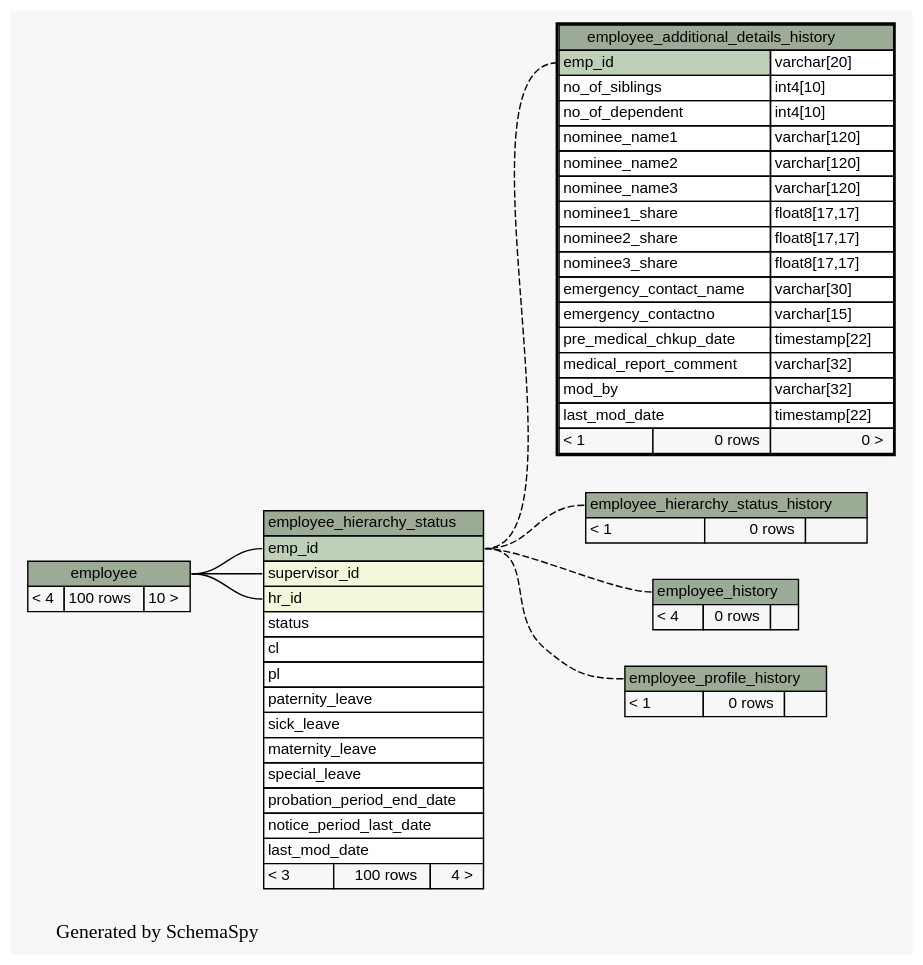
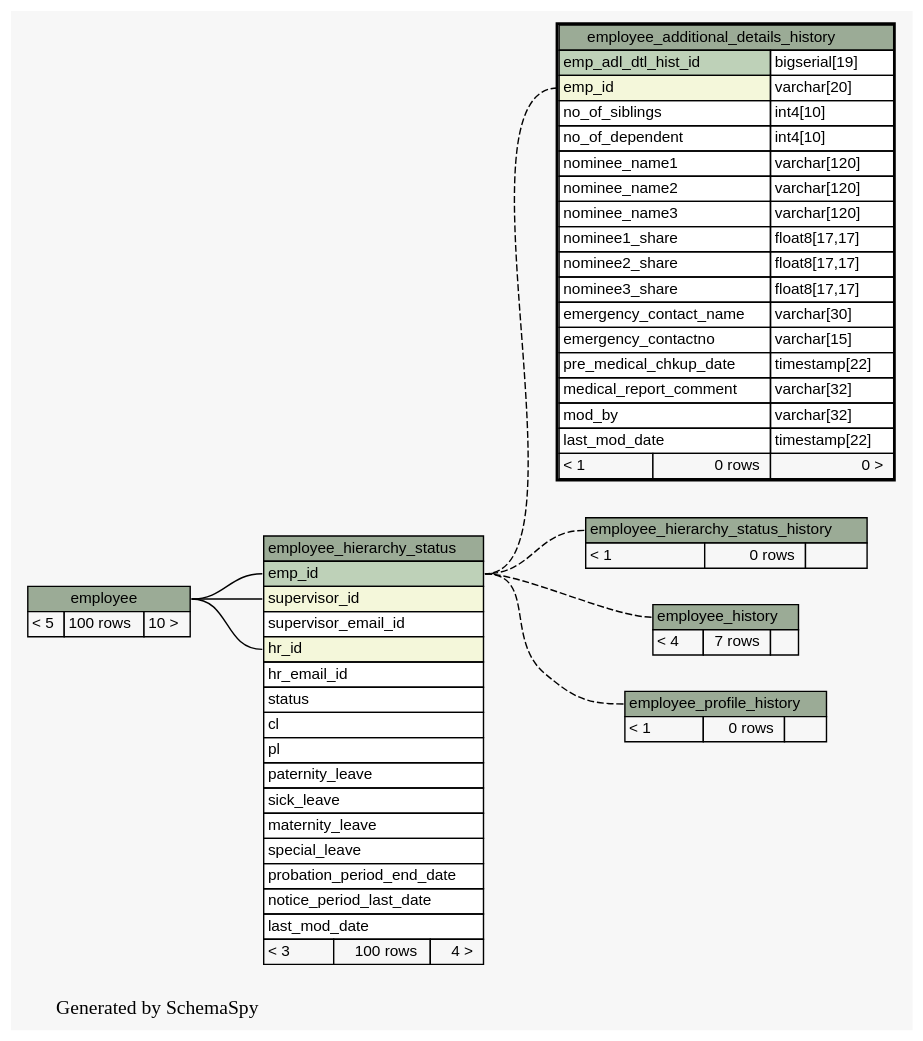
One commit to engineerscraft/hrms changed the diagram in docs/database/schemaspy/graphs/employee_additional_details_history.implied2degrees.dot. Above: the diagram before and after it, drawn with Graphviz. The commit also changed 204 other files, not shown here.

```diff
--- a/docs/database/schemaspy/graphs/employee_additional_details_history.implied2degrees.dot
+++ b/docs/database/schemaspy/graphs/employee_additional_details_history.implied2degrees.dot
@@ -1,106 +1,109 @@
 // dot 2.38.0 on Windows 7 6.1
 digraph "impliedTwoDegreesRelationshipsGraph" {
   graph [
     rankdir="RL"
     bgcolor="#f7f7f7"
     label="\nGenerated by SchemaSpy"
     labeljust="l"
   ];
   node [
     fontname="Helvetica"
     fontsize="11"
     shape="plaintext"
   ];
   edge [
     arrowsize="0.8"
   ];
-  "employee_additional_details_history":"emp_id":w -> "employee_hierarchy_status":"emp_id":e [arrowtail=tee arrowhead=none style=dashed];
+  "employee_additional_details_history":"emp_id":w -> "employee_hierarchy_status":"emp_id":e [arrowtail=crowodot arrowhead=none style=dashed];
   "employee_hierarchy_status":"emp_id":w -> "employee":"employee.heading":e [arrowtail=tee arrowhead=none];
   "employee_hierarchy_status":"hr_id":w -> "employee":"employee.heading":e [arrowtail=crowodot arrowhead=none];
   "employee_hierarchy_status":"supervisor_id":w -> "employee":"employee.heading":e [arrowtail=crowodot arrowhead=none];
-  "employee_hierarchy_status_history":"employee_hierarchy_status_history.heading":w -> "employee_hierarchy_status":"emp_id":e [arrowtail=tee arrowhead=none style=dashed];
-  "employee_history":"employee_history.heading":w -> "employee_hierarchy_status":"emp_id":e [arrowtail=tee arrowhead=none style=dashed];
+  "employee_hierarchy_status_history":"employee_hierarchy_status_history.heading":w -> "employee_hierarchy_status":"emp_id":e [arrowtail=crowodot arrowhead=none style=dashed];
+  "employee_history":"employee_history.heading":w -> "employee_hierarchy_status":"emp_id":e [arrowtail=crowodot arrowhead=none style=dashed];
   "employee_profile_history":"employee_profile_history.heading":w -> "employee_hierarchy_status":"emp_id":e [arrowtail=crowodot arrowhead=none style=dashed];
   "employee" [
     label=<
     <TABLE BORDER="0" CELLBORDER="1" CELLSPACING="0" BGCOLOR="#ffffff">
       <TR><TD PORT="employee.heading" COLSPAN="3" BGCOLOR="#9bab96" ALIGN="CENTER">employee</TD></TR>
-      <TR><TD ALIGN="LEFT" BGCOLOR="#f7f7f7">&lt; 4</TD><TD ALIGN="RIGHT" BGCOLOR="#f7f7f7">100 rows</TD><TD ALIGN="RIGHT" BGCOLOR="#f7f7f7">10 &gt;</TD></TR>
+      <TR><TD ALIGN="LEFT" BGCOLOR="#f7f7f7">&lt; 5</TD><TD ALIGN="RIGHT" BGCOLOR="#f7f7f7">100 rows</TD><TD ALIGN="RIGHT" BGCOLOR="#f7f7f7">10 &gt;</TD></TR>
     </TABLE>>
     URL="employee.html#graph"
     tooltip="employee"
   ];
   "employee_additional_details_history" [
     label=<
     <TABLE BORDER="2" CELLBORDER="1" CELLSPACING="0" BGCOLOR="#ffffff">
       <TR><TD PORT="employee_additional_details_history.heading" COLSPAN="3" BGCOLOR="#9bab96" ALIGN="CENTER">employee_additional_details_history</TD></TR>
-      <TR><TD PORT="emp_id" COLSPAN="2" BGCOLOR="#bed1b8" ALIGN="LEFT">emp_id</TD><TD PORT="emp_id.type" ALIGN="LEFT">varchar[20]</TD></TR>
+      <TR><TD PORT="emp_adl_dtl_hist_id" COLSPAN="2" BGCOLOR="#bed1b8" ALIGN="LEFT">emp_adl_dtl_hist_id</TD><TD PORT="emp_adl_dtl_hist_id.type" ALIGN="LEFT">bigserial[19]</TD></TR>
+      <TR><TD PORT="emp_id" COLSPAN="2" BGCOLOR="#f4f7da" ALIGN="LEFT">emp_id</TD><TD PORT="emp_id.type" ALIGN="LEFT">varchar[20]</TD></TR>
       <TR><TD PORT="no_of_siblings" COLSPAN="2" ALIGN="LEFT">no_of_siblings</TD><TD PORT="no_of_siblings.type" ALIGN="LEFT">int4[10]</TD></TR>
       <TR><TD PORT="no_of_dependent" COLSPAN="2" ALIGN="LEFT">no_of_dependent</TD><TD PORT="no_of_dependent.type" ALIGN="LEFT">int4[10]</TD></TR>
       <TR><TD PORT="nominee_name1" COLSPAN="2" ALIGN="LEFT">nominee_name1</TD><TD PORT="nominee_name1.type" ALIGN="LEFT">varchar[120]</TD></TR>
       <TR><TD PORT="nominee_name2" COLSPAN="2" ALIGN="LEFT">nominee_name2</TD><TD PORT="nominee_name2.type" ALIGN="LEFT">varchar[120]</TD></TR>
       <TR><TD PORT="nominee_name3" COLSPAN="2" ALIGN="LEFT">nominee_name3</TD><TD PORT="nominee_name3.type" ALIGN="LEFT">varchar[120]</TD></TR>
       <TR><TD PORT="nominee1_share" COLSPAN="2" ALIGN="LEFT">nominee1_share</TD><TD PORT="nominee1_share.type" ALIGN="LEFT">float8[17,17]</TD></TR>
       <TR><TD PORT="nominee2_share" COLSPAN="2" ALIGN="LEFT">nominee2_share</TD><TD PORT="nominee2_share.type" ALIGN="LEFT">float8[17,17]</TD></TR>
       <TR><TD PORT="nominee3_share" COLSPAN="2" ALIGN="LEFT">nominee3_share</TD><TD PORT="nominee3_share.type" ALIGN="LEFT">float8[17,17]</TD></TR>
       <TR><TD PORT="emergency_contact_name" COLSPAN="2" ALIGN="LEFT">emergency_contact_name</TD><TD PORT="emergency_contact_name.type" ALIGN="LEFT">varchar[30]</TD></TR>
       <TR><TD PORT="emergency_contactno" COLSPAN="2" ALIGN="LEFT">emergency_contactno</TD><TD PORT="emergency_contactno.type" ALIGN="LEFT">varchar[15]</TD></TR>
       <TR><TD PORT="pre_medical_chkup_date" COLSPAN="2" ALIGN="LEFT">pre_medical_chkup_date</TD><TD PORT="pre_medical_chkup_date.type" ALIGN="LEFT">timestamp[22]</TD></TR>
       <TR><TD PORT="medical_report_comment" COLSPAN="2" ALIGN="LEFT">medical_report_comment</TD><TD PORT="medical_report_comment.type" ALIGN="LEFT">varchar[32]</TD></TR>
       <TR><TD PORT="mod_by" COLSPAN="2" ALIGN="LEFT">mod_by</TD><TD PORT="mod_by.type" ALIGN="LEFT">varchar[32]</TD></TR>
       <TR><TD PORT="last_mod_date" COLSPAN="2" ALIGN="LEFT">last_mod_date</TD><TD PORT="last_mod_date.type" ALIGN="LEFT">timestamp[22]</TD></TR>
       <TR><TD ALIGN="LEFT" BGCOLOR="#f7f7f7">&lt; 1</TD><TD ALIGN="RIGHT" BGCOLOR="#f7f7f7">0 rows</TD><TD ALIGN="RIGHT" BGCOLOR="#f7f7f7">0 &gt;</TD></TR>
     </TABLE>>
     URL="employee_additional_details_history.html#"
     tooltip="employee_additional_details_history"
   ];
   "employee_hierarchy_status" [
     label=<
     <TABLE BORDER="0" CELLBORDER="1" CELLSPACING="0" BGCOLOR="#ffffff">
       <TR><TD PORT="employee_hierarchy_status.heading" COLSPAN="3" BGCOLOR="#9bab96" ALIGN="CENTER">employee_hierarchy_status</TD></TR>
       <TR><TD PORT="emp_id" COLSPAN="3" BGCOLOR="#bed1b8" ALIGN="LEFT">emp_id</TD></TR>
       <TR><TD PORT="supervisor_id" COLSPAN="3" BGCOLOR="#f4f7da" ALIGN="LEFT">supervisor_id</TD></TR>
+      <TR><TD PORT="supervisor_email_id" COLSPAN="3" ALIGN="LEFT">supervisor_email_id</TD></TR>
       <TR><TD PORT="hr_id" COLSPAN="3" BGCOLOR="#f4f7da" ALIGN="LEFT">hr_id</TD></TR>
+      <TR><TD PORT="hr_email_id" COLSPAN="3" ALIGN="LEFT">hr_email_id</TD></TR>
       <TR><TD PORT="status" COLSPAN="3" ALIGN="LEFT">status</TD></TR>
       <TR><TD PORT="cl" COLSPAN="3" ALIGN="LEFT">cl</TD></TR>
       <TR><TD PORT="pl" COLSPAN="3" ALIGN="LEFT">pl</TD></TR>
       <TR><TD PORT="paternity_leave" COLSPAN="3" ALIGN="LEFT">paternity_leave</TD></TR>
       <TR><TD PORT="sick_leave" COLSPAN="3" ALIGN="LEFT">sick_leave</TD></TR>
       <TR><TD PORT="maternity_leave" COLSPAN="3" ALIGN="LEFT">maternity_leave</TD></TR>
       <TR><TD PORT="special_leave" COLSPAN="3" ALIGN="LEFT">special_leave</TD></TR>
       <TR><TD PORT="probation_period_end_date" COLSPAN="3" ALIGN="LEFT">probation_period_end_date</TD></TR>
       <TR><TD PORT="notice_period_last_date" COLSPAN="3" ALIGN="LEFT">notice_period_last_date</TD></TR>
       <TR><TD PORT="last_mod_date" COLSPAN="3" ALIGN="LEFT">last_mod_date</TD></TR>
       <TR><TD ALIGN="LEFT" BGCOLOR="#f7f7f7">&lt; 3</TD><TD ALIGN="RIGHT" BGCOLOR="#f7f7f7">100 rows</TD><TD ALIGN="RIGHT" BGCOLOR="#f7f7f7">4 &gt;</TD></TR>
     </TABLE>>
     URL="employee_hierarchy_status.html#graph"
     tooltip="employee_hierarchy_status"
   ];
   "employee_hierarchy_status_history" [
     label=<
     <TABLE BORDER="0" CELLBORDER="1" CELLSPACING="0" BGCOLOR="#ffffff">
       <TR><TD PORT="employee_hierarchy_status_history.heading" COLSPAN="3" BGCOLOR="#9bab96" ALIGN="CENTER">employee_hierarchy_status_history</TD></TR>
       <TR><TD ALIGN="LEFT" BGCOLOR="#f7f7f7">&lt; 1</TD><TD ALIGN="RIGHT" BGCOLOR="#f7f7f7">0 rows</TD><TD ALIGN="RIGHT" BGCOLOR="#f7f7f7">  </TD></TR>
     </TABLE>>
     URL="employee_hierarchy_status_history.html#graph"
     tooltip="employee_hierarchy_status_history"
   ];
   "employee_history" [
     label=<
     <TABLE BORDER="0" CELLBORDER="1" CELLSPACING="0" BGCOLOR="#ffffff">
       <TR><TD PORT="employee_history.heading" COLSPAN="3" BGCOLOR="#9bab96" ALIGN="CENTER">employee_history</TD></TR>
-      <TR><TD ALIGN="LEFT" BGCOLOR="#f7f7f7">&lt; 4</TD><TD ALIGN="RIGHT" BGCOLOR="#f7f7f7">0 rows</TD><TD ALIGN="RIGHT" BGCOLOR="#f7f7f7">  </TD></TR>
+      <TR><TD ALIGN="LEFT" BGCOLOR="#f7f7f7">&lt; 4</TD><TD ALIGN="RIGHT" BGCOLOR="#f7f7f7">7 rows</TD><TD ALIGN="RIGHT" BGCOLOR="#f7f7f7">  </TD></TR>
     </TABLE>>
     URL="employee_history.html#graph"
     tooltip="employee_history"
   ];
   "employee_profile_history" [
     label=<
     <TABLE BORDER="0" CELLBORDER="1" CELLSPACING="0" BGCOLOR="#ffffff">
       <TR><TD PORT="employee_profile_history.heading" COLSPAN="3" BGCOLOR="#9bab96" ALIGN="CENTER">employee_profile_history</TD></TR>
       <TR><TD ALIGN="LEFT" BGCOLOR="#f7f7f7">&lt; 1</TD><TD ALIGN="RIGHT" BGCOLOR="#f7f7f7">0 rows</TD><TD ALIGN="RIGHT" BGCOLOR="#f7f7f7">  </TD></TR>
     </TABLE>>
     URL="employee_profile_history.html#graph"
     tooltip="employee_profile_history"
   ];
 }
```
